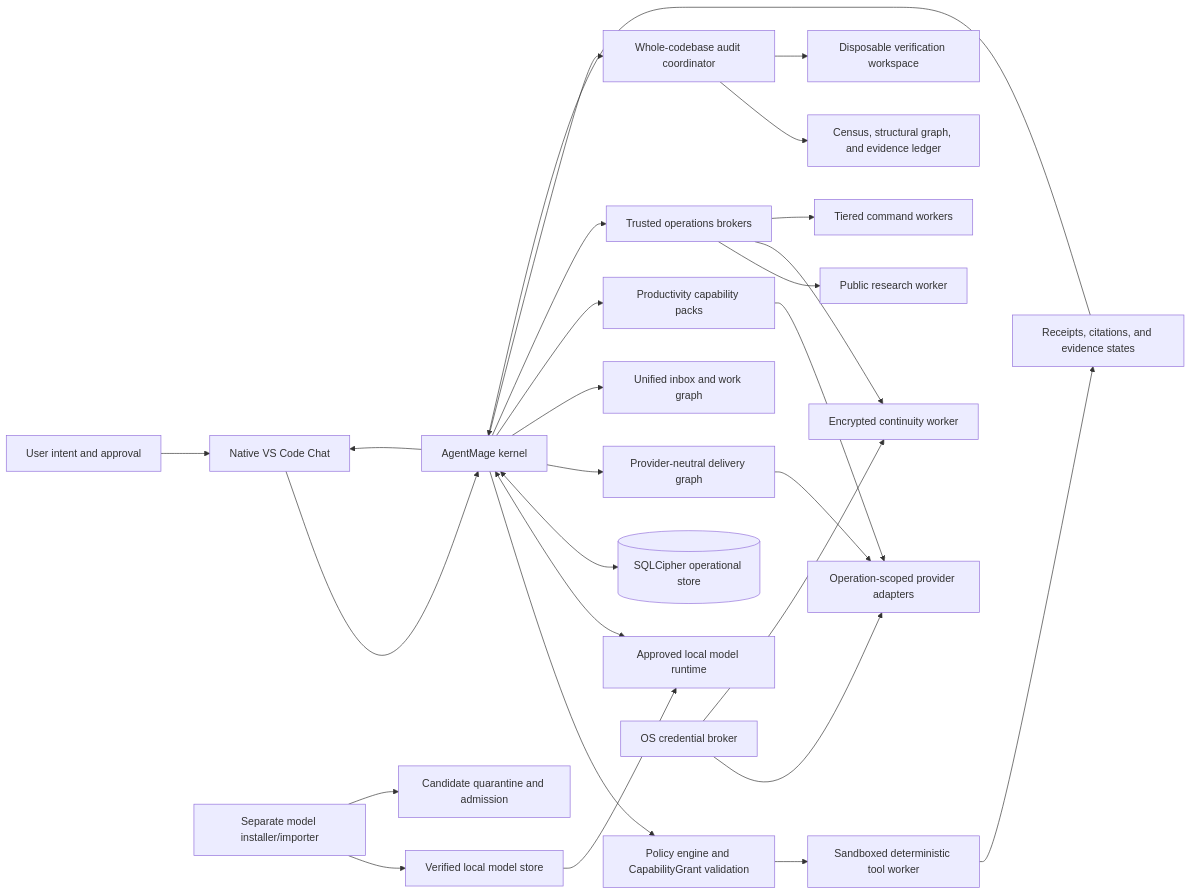
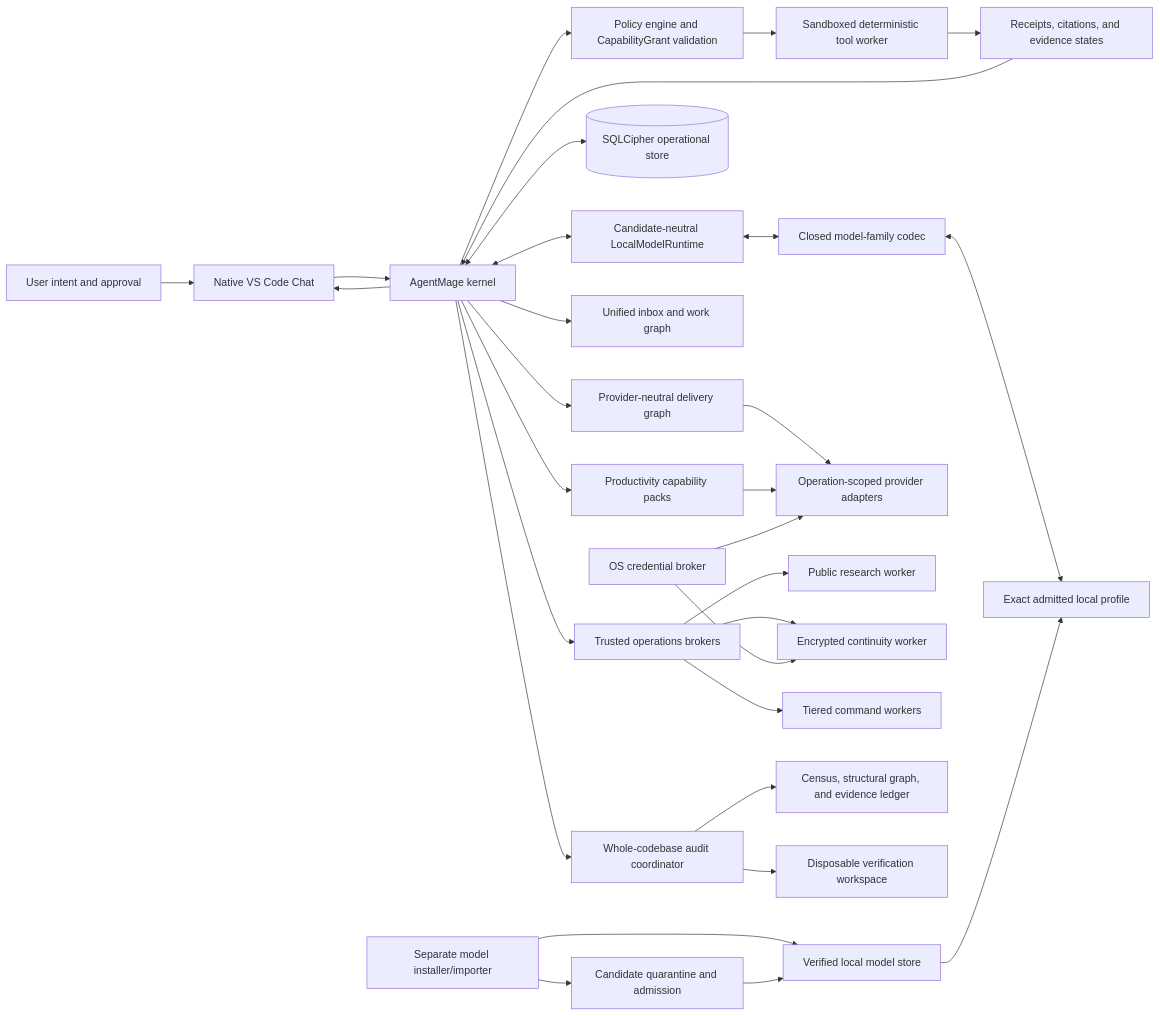
One commit to AaronNHorvitz/AgentMage changed the first of 3 diagrams in README.md. Above: the diagram before and after it, drawn with Mermaid. The commit also changed other lines of this file and 17 other files, not shown here.

Commit message:
docs: adopt Muse-first model-neutral architecture

````diff
--- a/README.md
+++ b/README.md
@@ -155,29 +160,32 @@
 ```mermaid
 flowchart LR
     U["User intent and approval"] --> V["Native VS Code Chat"]
     V --> K["AgentMage kernel"]
     K --> P["Policy engine and CapabilityGrant validation"]
-    K <--> M["Approved local model runtime"]
+    K <--> M["Candidate-neutral LocalModelRuntime"]
+    M <--> F["Closed model-family codec"]
+    F <--> Q["Exact admitted local profile"]
     P --> T["Sandboxed deterministic tool worker"]
     T --> E["Receipts, citations, and evidence states"]
     E --> K
     K <--> S[("SQLCipher operational store")]
     K --> V
     I["Separate model installer/importer"] --> A["Verified local model store"]
-    A --> M
+    A --> Q
     K --> D["Provider-neutral delivery graph"]
     D --> C["Operation-scoped provider adapters"]
     K --> W["Unified inbox and work graph"]
     K --> X["Productivity capability packs"]
     X --> C
     K --> O["Trusted operations brokers"]
     O --> R["Public research worker"]
     O --> B["Encrypted continuity worker"]
     O --> H["Tiered command workers"]
     K --> Z["Whole-codebase audit coordinator"]
     Z --> Y["Census, structural graph, and evidence ledger"]
     Z --> J["Disposable verification workspace"]
     G["OS credential broker"] --> C
     G --> B
-    I --> Q["Candidate quarantine and admission"]
+    I --> AQ["Candidate quarantine and admission"]
+    AQ --> A
 ```
````
